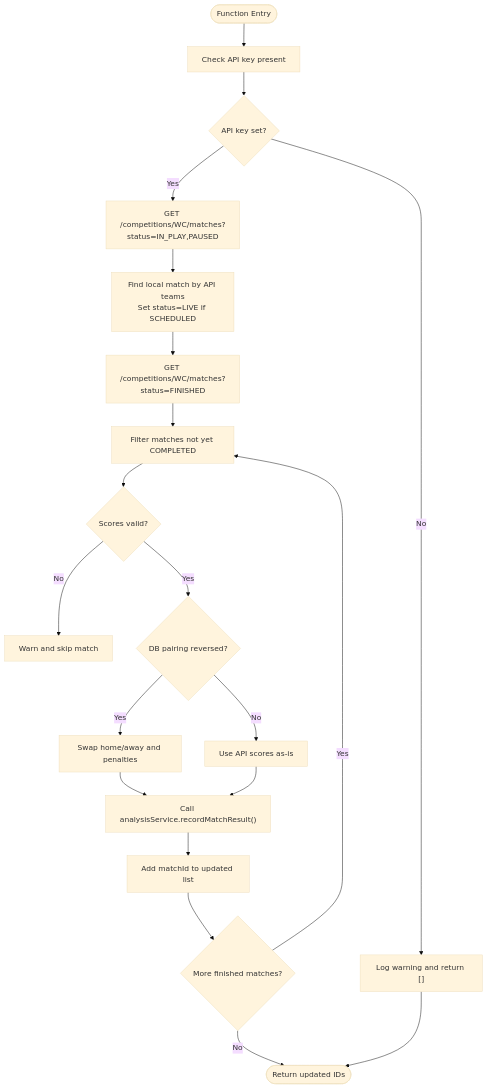
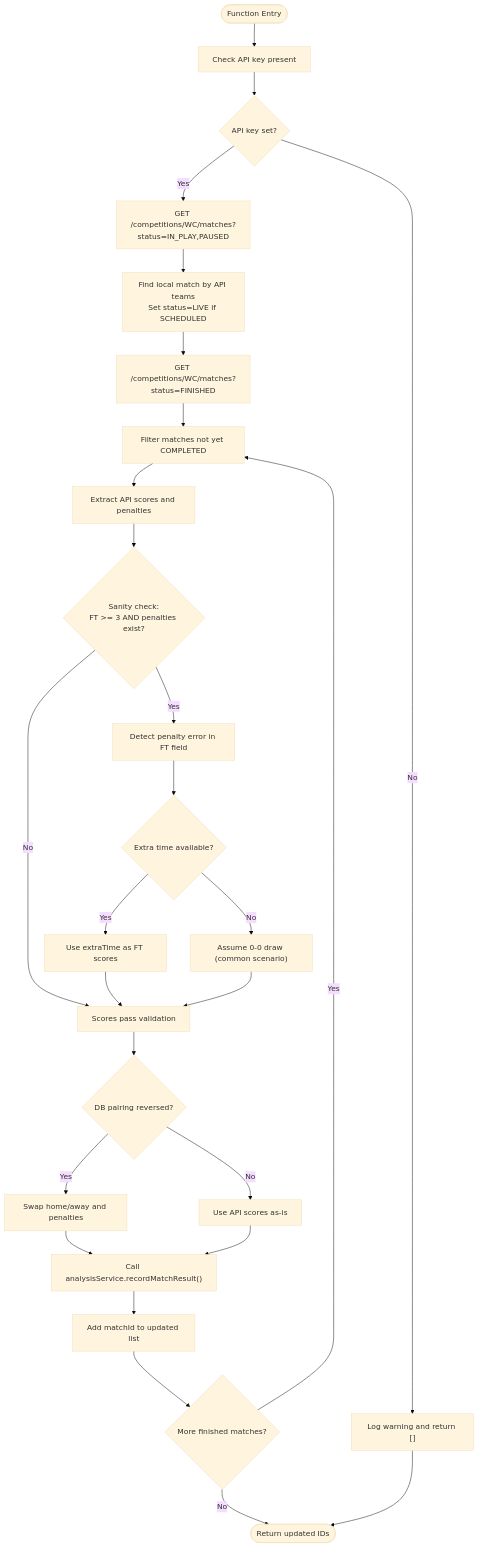
One commit to cheesiong/WC26-qwen changed the third of 8 diagrams in .qoder/repowiki/en/content/Data Services/Live Data Integration.md. Above: the diagram before and after it, drawn with Mermaid (base theme). The commit also changed other lines of this file and 30 other files, not shown here.

````diff
--- a/.qoder/repowiki/en/content/Data Services/Live Data Integration.md
+++ b/.qoder/repowiki/en/content/Data Services/Live Data Integration.md
@@ -153,22 +170,29 @@
 ```mermaid
 flowchart TD
 Start([Function Entry]) --> CheckKey["Check API key present"]
 CheckKey --> HasKey{"API key set?"}
 HasKey --> |No| WarnSkip["Log warning and return []"]
 HasKey --> |Yes| FetchInProgress["GET /competitions/WC/matches?status=IN_PLAY,PAUSED"]
 FetchInProgress --> UpdateLive["Find local match by API teams<br/>Set status=LIVE if SCHEDULED"]
 UpdateLive --> FetchFinished["GET /competitions/WC/matches?status=FINISHED"]
 FetchFinished --> FilterUnprocessed["Filter matches not yet COMPLETED"]
-FilterUnprocessed --> ValidateScores{"Scores valid?"}
-ValidateScores --> |No| SkipMatch["Warn and skip match"]
-ValidateScores --> |Yes| ReverseCheck{"DB pairing reversed?"}
+FilterUnprocessed --> ExtractScores["Extract API scores and penalties"]
+ExtractScores --> ValidateSanity{"Sanity check:<br/>FT >= 3 AND penalties exist?"}
+ValidateSanity --> |No| ScoresValid["Scores pass validation"]
+ValidateSanity --> |Yes| DetectError["Detect penalty error in FT field"]
+DetectError --> CheckExtraTime{"Extra time available?"}
+CheckExtraTime --> |Yes| UseExtraTime["Use extraTime as FT scores"]
+CheckExtraTime --> |No| AssumeDraw["Assume 0-0 draw (common scenario)"]
+UseExtraTime --> ScoresValid
+AssumeDraw --> ScoresValid
+ScoresValid --> ReverseCheck{"DB pairing reversed?"}
 ReverseCheck --> |Yes| SwapScores["Swap home/away and penalties"]
 ReverseCheck --> |No| KeepScores["Use API scores as-is"]
 SwapScores --> Record["Call analysisService.recordMatchResult()"]
 KeepScores --> Record
 Record --> AddUpdated["Add matchId to updated list"]
 AddUpdated --> NextMatch{"More finished matches?"}
 NextMatch --> |Yes| FilterUnprocessed
 NextMatch --> |No| Done([Return updated IDs])
 WarnSkip --> Done
 ```
````
